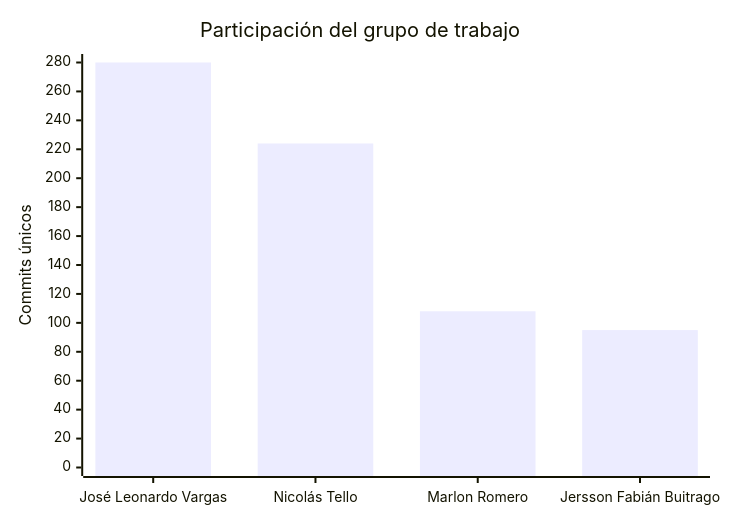
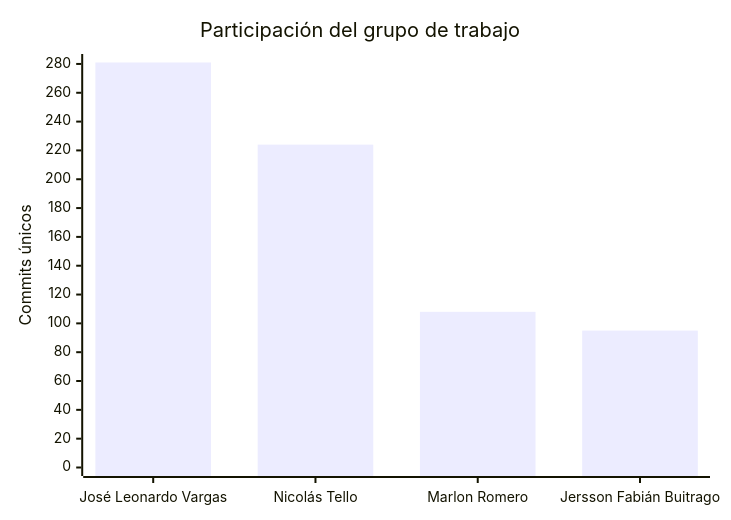
The second of 2 diagrams in README.md (FarmaExpres/FarmaExpres), drawn with Mermaid before and after one commit. The commit also changed other lines of this file and 1 other file, not shown here.

````diff
--- a/README.md
+++ b/README.md
@@ -403,7 +403,7 @@
 ```mermaid
 xychart-beta
     title "Participación del grupo de trabajo"
     x-axis ["José Leonardo Vargas", "Nicolás Tello", "Marlon Romero", "Jersson Fabián Buitrago"]
-    y-axis "Commits únicos" 0 --> 280
-    bar [280, 224, 108, 95]
+    y-axis "Commits únicos" 0 --> 281
+    bar [281, 224, 108, 95]
 ```
````
